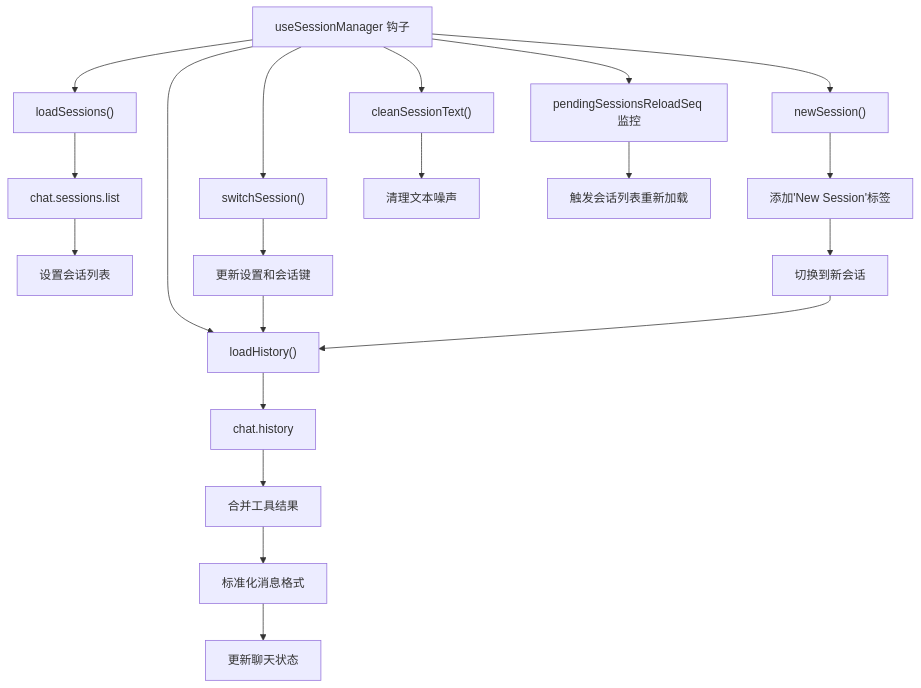
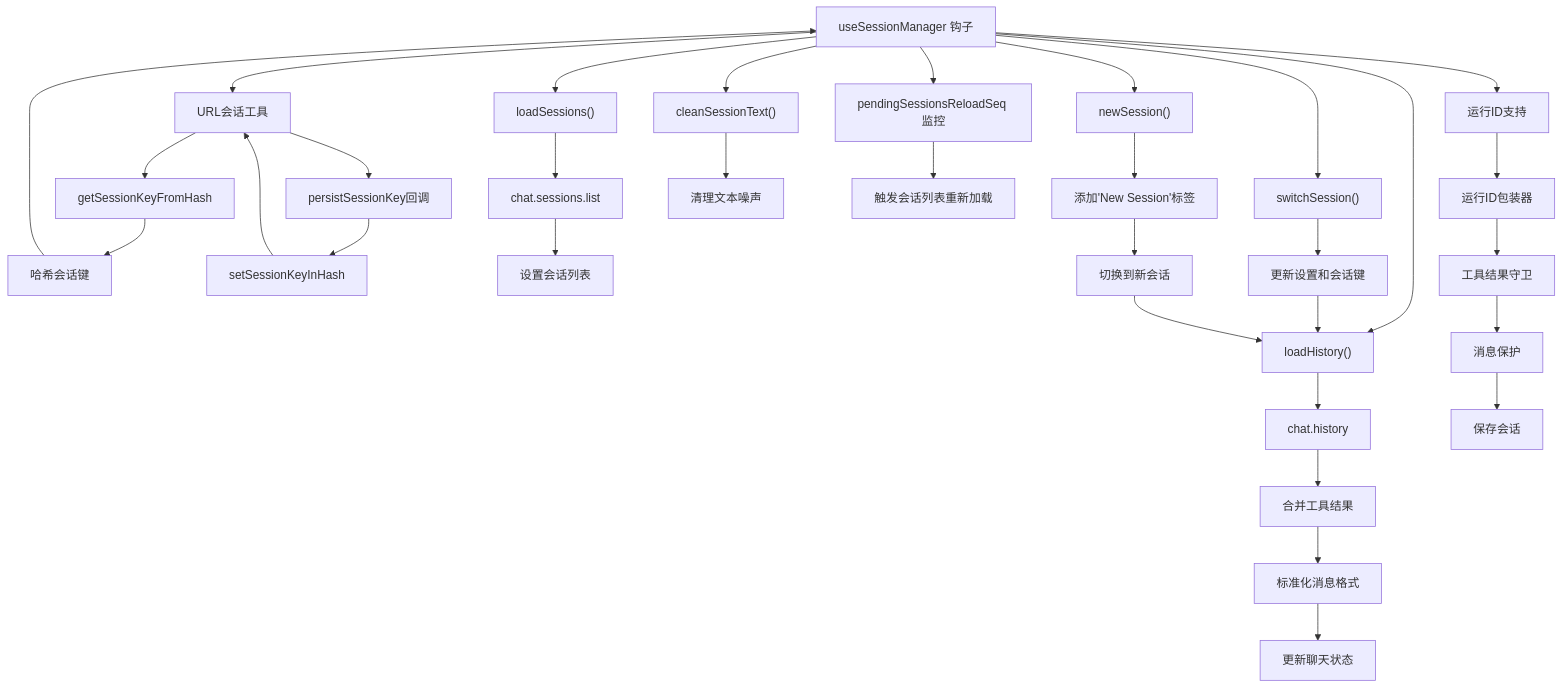
Before and after one commit to verse-ai-org/openclaw: diagram 17 of 20 in .qoder/repowiki/zh/content/核心概念/会话管理.md, drawn with Mermaid. The commit also changed other lines of this file and 48 other files, not shown here.

````diff
--- a/.qoder/repowiki/zh/content/核心概念/会话管理.md
+++ b/.qoder/repowiki/zh/content/核心概念/会话管理.md
@@ -798,22 +986,34 @@
 ```mermaid
 flowchart TD
-USM["useSessionManager 钩子"] --> LS["loadSessions()"]
+USM["useSessionManager 钩子"] --> URL["URL会话工具"]
+USM --> LS["loadSessions()"]
 USM --> LH["loadHistory()"]
 USM --> SS["switchSession()"]
 USM --> NS["newSession()"]
 USM --> CST["cleanSessionText()"]
 USM --> PRS["pendingSessionsReloadSeq 监控"]
+USM --> RID["运行ID支持"]
+URL --> GSK["getSessionKeyFromHash"]
+URL --> PSK["persistSessionKey回调"]
+GSK --> HK["哈希会话键"]
+PSK --> SH["setSessionKeyInHash"]
+HK --> USM
+SH --> URL
 LS --> RPC1["chat.sessions.list"]
 RPC1 --> SET1["设置会话列表"]
 LH --> RPC2["chat.history"]
 RPC2 --> MERGE["合并工具结果"]
 MERGE --> NORMALIZE["标准化消息格式"]
 NORMALIZE --> SET2["更新聊天状态"]
 SS --> UPDATE["更新设置和会话键"]
 UPDATE --> LH
 NS --> ADD["添加'New Session'标签"]
 ADD --> SWITCH["切换到新会话"]
 SWITCH --> LH
 CST --> CLEAN["清理文本噪声"]
 PRS --> RELOAD["触发会话列表重新加载"]
+RID --> WRAP["运行ID包装器"]
+WRAP --> GUARD["工具结果守卫"]
+GUARD --> PROTECT["消息保护"]
+PROTECT --> SAVE["保存会话"]
 ```
````
